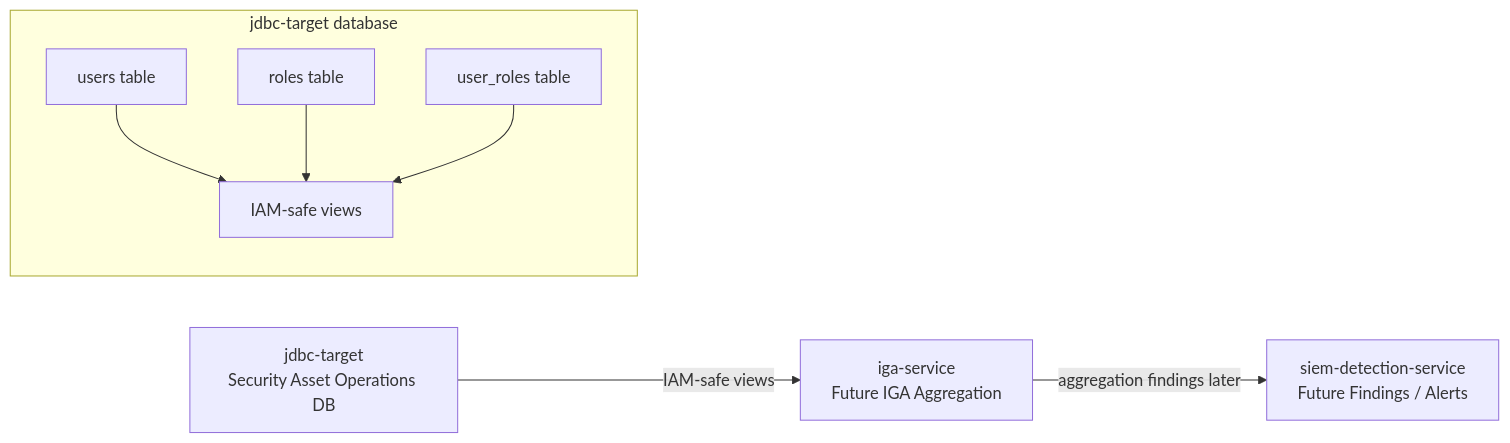
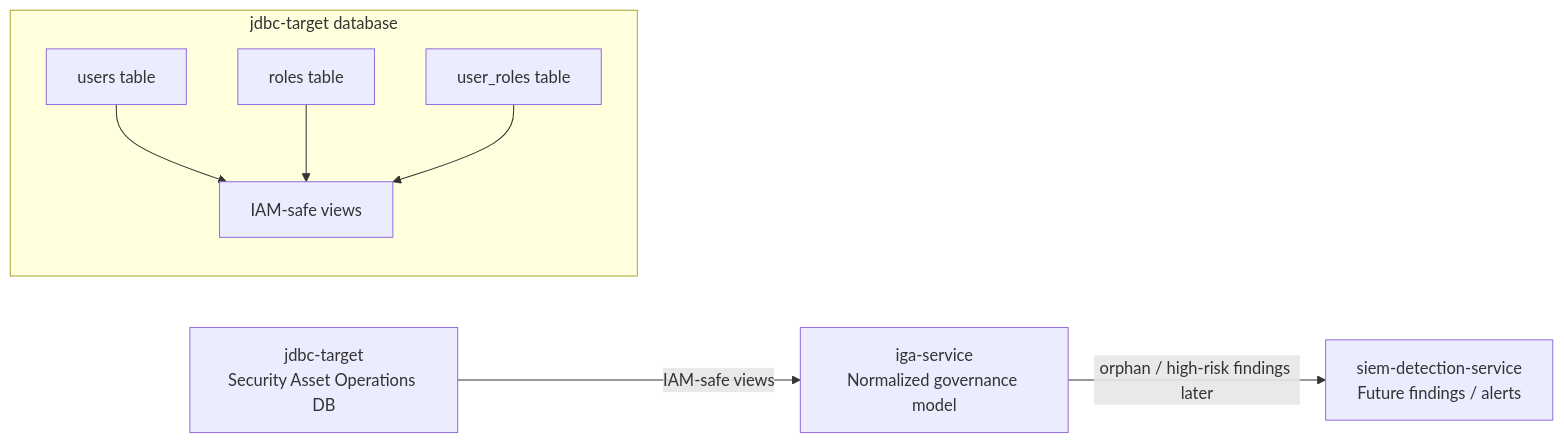
The first of 8 diagrams in apps/jdbc-target/docs/diagrams.md (i-m-rish/luffy), drawn with Mermaid before and after one commit. The commit also changed other lines of this file, not shown here.

Commit message:
Update JDBC diagrams with IGA normalized data flow

````diff
--- a/apps/jdbc-target/docs/diagrams.md
+++ b/apps/jdbc-target/docs/diagrams.md
@@ -9,20 +9,20 @@
 ```mermaid
 flowchart LR
-    IGA[iga-service<br/>Future IGA Aggregation]
     JDBC[jdbc-target<br/>Security Asset Operations DB]
-    SIEM[siem-detection-service<br/>Future Findings / Alerts]
+    IGA[iga-service<br/>Normalized governance model]
+    SIEM[siem-detection-service<br/>Future findings / alerts]
 
     JDBC -->|IAM-safe views| IGA
-    IGA -->|aggregation findings later| SIEM
+    IGA -->|orphan / high-risk findings later| SIEM
 
     subgraph JDBC_DB[jdbc-target database]
         USERS[users table]
         ROLES[roles table]
         USER_ROLES[user_roles table]
         VIEWS[IAM-safe views]
     end
 
     USERS --> VIEWS
     ROLES --> VIEWS
     USER_ROLES --> VIEWS
 ```
````
